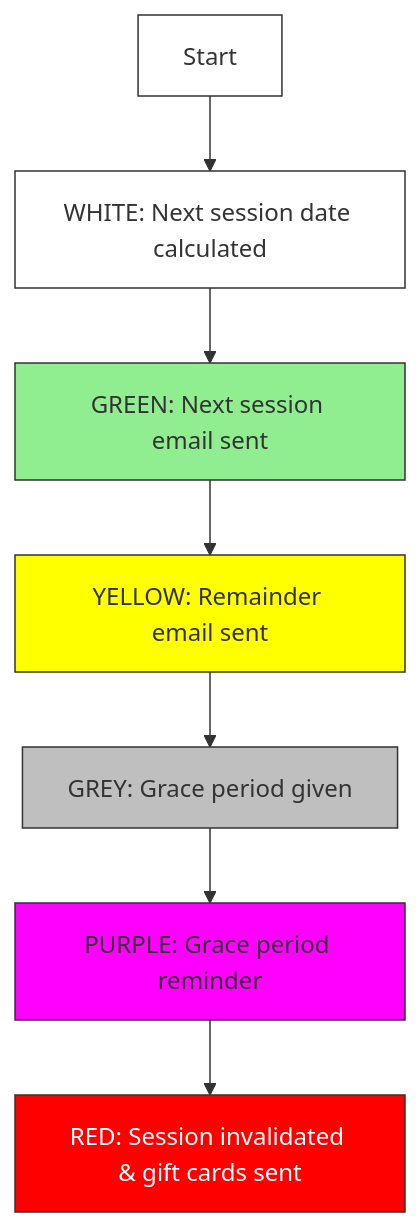
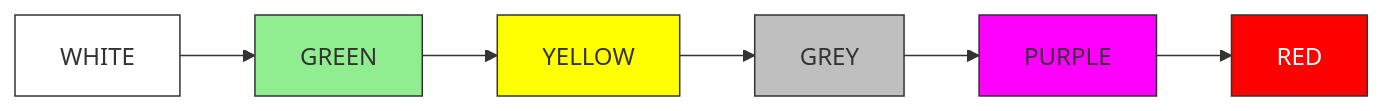
Before and after one commit to ibrahimberb/gable-preview: the seventh of 7 diagrams in README.md, drawn with Mermaid. The commit also changed other lines of this file, not shown here.

````diff
--- a/README.md
+++ b/README.md
@@ -255,17 +254,15 @@
 ```mermaid
-graph TD;
-    A["Start"] --> B["WHITE: Next session date calculated"];
-    B --> C["GREEN: Next session email sent"];
-    C --> D["YELLOW: Remainder email sent"];
-    D --> E["GREY: Grace period given"];
-    E --> F["PURPLE: Grace period reminder"];
-    F --> G["RED: Session invalidated & gift cards sent"];
+graph LR;
+    A[WHITE] --> B[GREEN];
+    B --> C[YELLOW];
+    C --> D[GREY];
+    D --> E[PURPLE];
+    E --> F[RED];
     
     style A fill:#fff,stroke:#333;
-    style B fill:#fff,stroke:#333;
-    style C fill:#90EE90,stroke:#333;
-    style D fill:#FFFF00,stroke:#333;
-    style E fill:#BFBFBF,stroke:#333;
-    style F fill:#FF00FF,stroke:#333;
-    style G fill:#FF0000,color:#fff,stroke:#333;
+    style B fill:#90EE90,stroke:#333;
+    style C fill:#FFFF00,stroke:#333;
+    style D fill:#BFBFBF,stroke:#333;
+    style E fill:#FF00FF,stroke:#333;
+    style F fill:#FF0000,color:#fff,stroke:#333;
 ```
````
